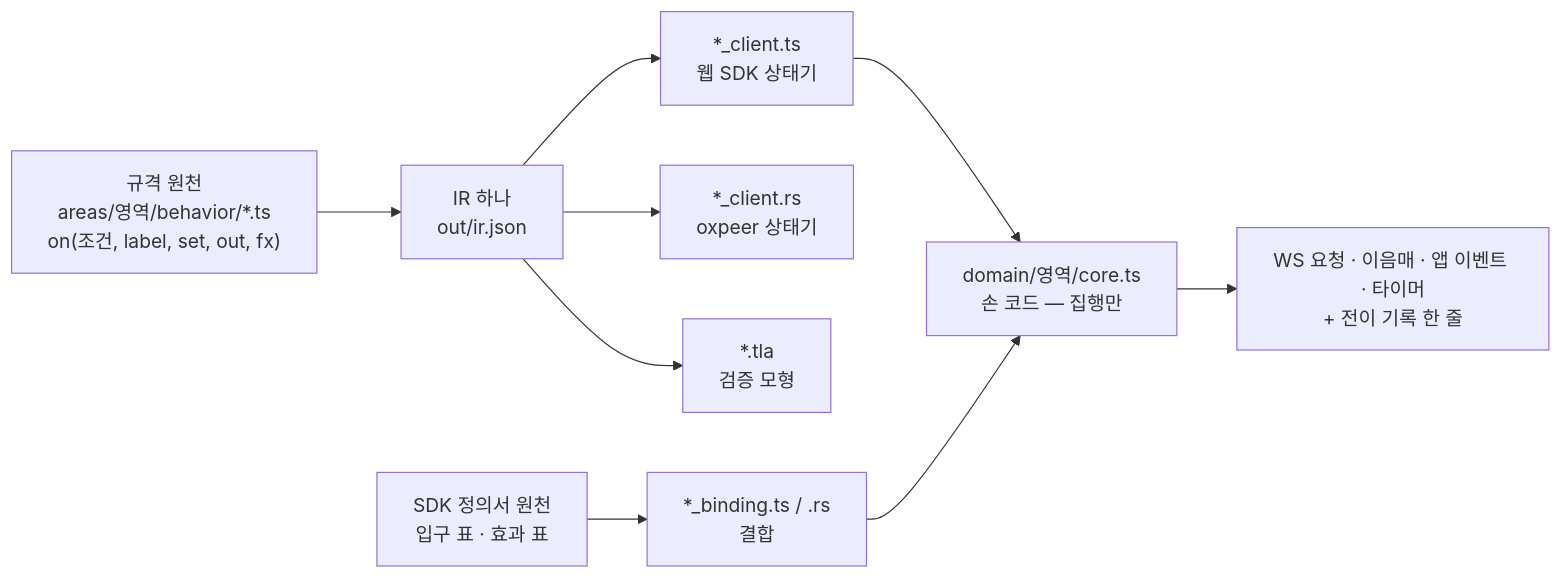
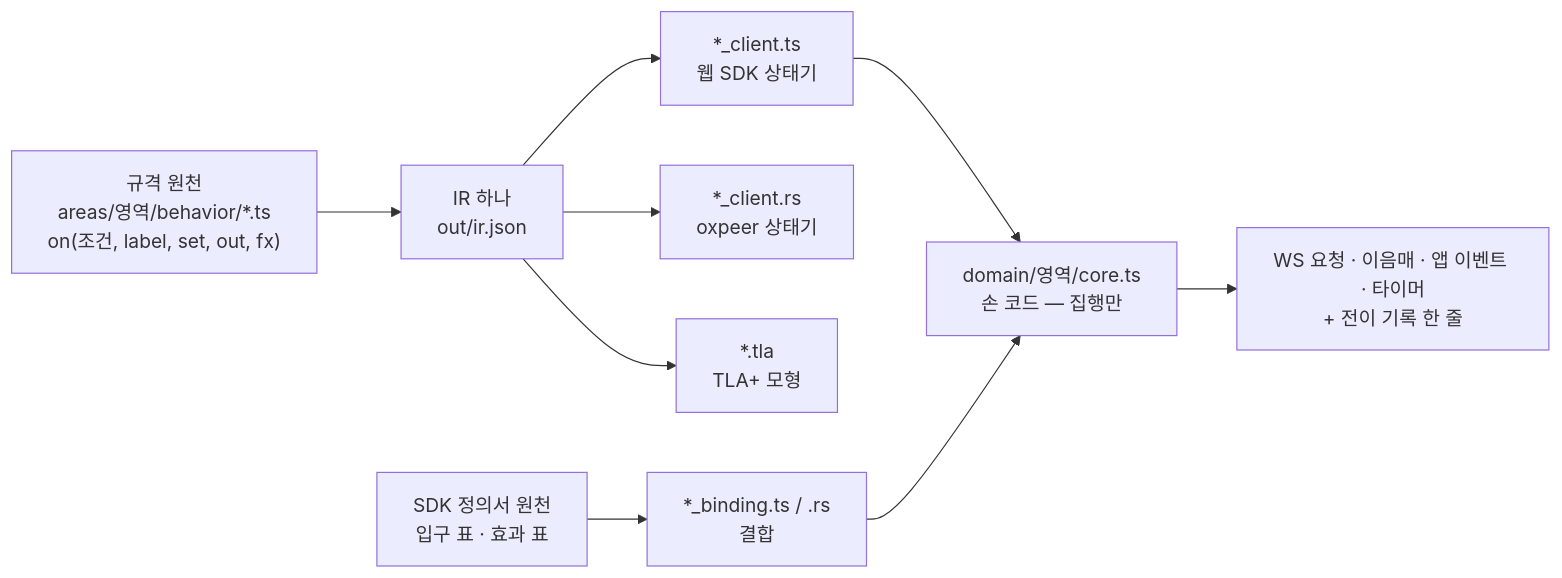
The first of 6 diagrams in docs/learn/15_SDK_INSIDE.md (kodeholic9/oxlens-sfu), drawn with Mermaid before and after one commit. The commit also changed other lines of this file and 19 other files, not shown here.

````diff
--- a/docs/learn/15_SDK_INSIDE.md
+++ b/docs/learn/15_SDK_INSIDE.md
@@ -9,11 +9,11 @@
 ```mermaid
 flowchart LR
   SRC["규격 원천<br/>areas/영역/behavior/*.ts<br/>on(조건, label, set, out, fx)"] --> IR["IR 하나<br/>out/ir.json"]
   IR --> TS["*_client.ts<br/>웹 SDK 상태기"]
   IR --> RS["*_client.rs<br/>oxpeer 상태기"]
-  IR --> TLA["*.tla<br/>검증 모형"]
+  IR --> TLA["*.tla<br/>TLA+ 모형"]
   SDKSRC["SDK 정의서 원천<br/>입구 표 · 효과 표"] --> BIND["*_binding.ts / .rs<br/>결합"]
   TS --> CORE["domain/영역/core.ts<br/>손 코드 — 집행만"]
   BIND --> CORE
   CORE --> OUT["WS 요청 · 이음매 · 앱 이벤트 · 타이머<br/>+ 전이 기록 한 줄"]
 ```
````
